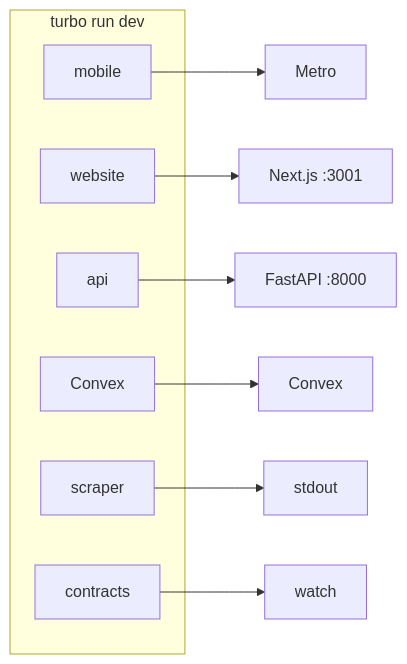
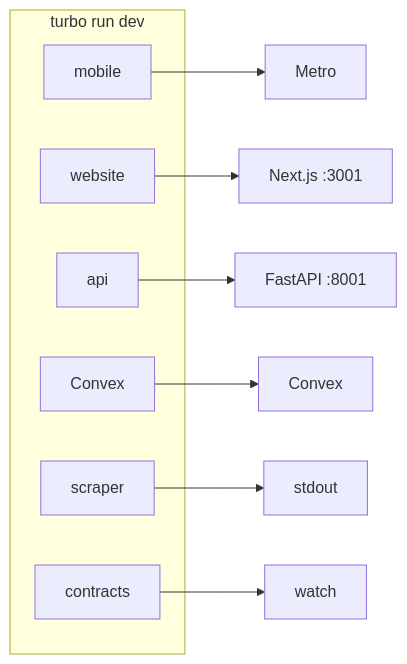
One commit to LukasStrickler/korb.guru changed the diagram in .docs/guides/local-dev.md. Above: the diagram before and after it, drawn with Mermaid. The commit also changed other lines of this file and 60 other files, not shown here.

````diff
--- a/.docs/guides/local-dev.md
+++ b/.docs/guides/local-dev.md
@@ -16,17 +16,17 @@
 ```mermaid
 flowchart LR
   subgraph turbo["turbo run dev"]
     M[mobile]
     W[website]
     A[api]
     C[Convex]
     S[scraper]
     X[contracts]
   end
   M --> Metro
   W --> Next["Next.js :3001"]
-  A --> FastAPI["FastAPI :8000"]
+  A --> FastAPI["FastAPI :8001"]
   C --> Convex["Convex"]
   S --> stdout
   X --> watch
 ```
````
